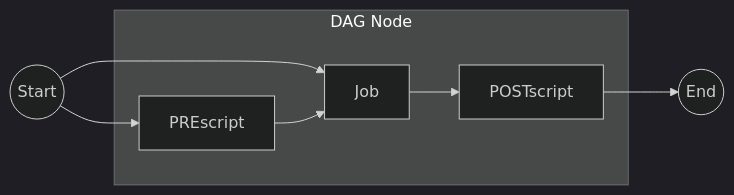
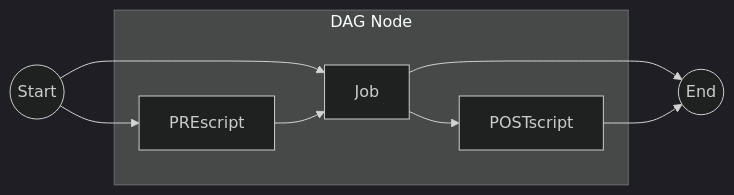
One commit to htcondor/htcondor changed the first of 2 diagrams in docs/automated-workflows/dagman-introduction.rst. Above: the diagram before and after it, drawn with Mermaid (dark theme).

Commit message:
HTCONDOR-2049 Fix dagman diagram to show optional postscripts

```diff
--- a/docs/automated-workflows/dagman-introduction.rst
+++ b/docs/automated-workflows/dagman-introduction.rst
@@ -38,10 +38,11 @@
 .. mermaid::
 
    flowchart LR
     Start((Start)) --> Job
     Start --> PREscript
     subgraph DAG Node
     PREscript --> Job
     Job --> POSTscript
     end
+    Job --> End((End))
     POSTscript --> End((End))
```
